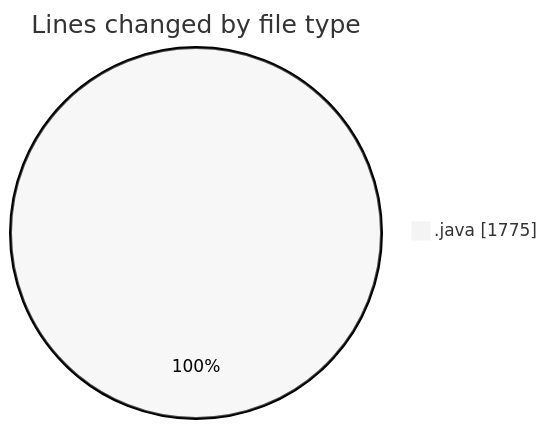
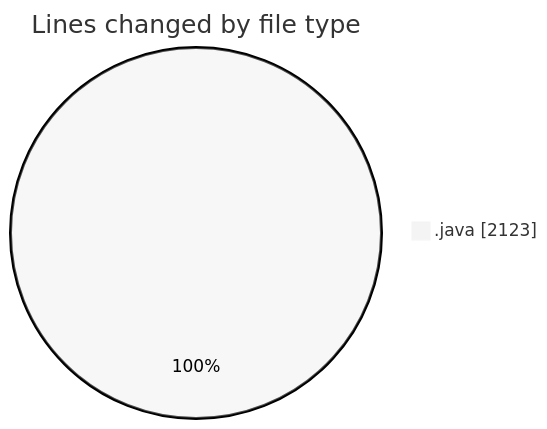
The first of 2 diagrams in 2025-02-23/micros/README.md (charlie-sans/code-tracking), drawn with Mermaid (neutral theme) before and after one commit. The commit also changed other lines of this file and 1 other file, not shown here.

````diff
--- a/2025-02-23/micros/README.md
+++ b/2025-02-23/micros/README.md
@@ -27,5 +29,5 @@
 ```mermaid
 pie showData
 title Lines changed by file type
-".java" : 1775
+".java" : 2123
 ```
````
